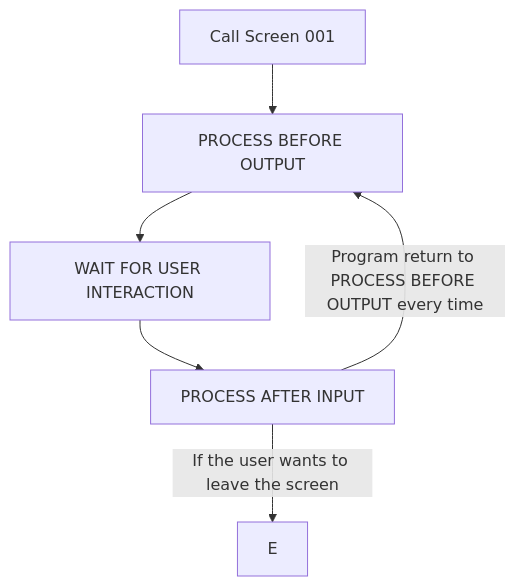
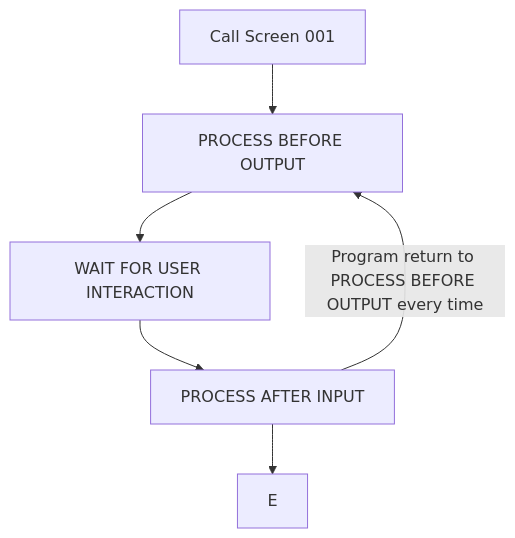
The diagram in Exercice4.md (Fabeure/ABAP-Initiation), drawn with Mermaid before and after one commit.

````diff
--- a/Exercice4.md
+++ b/Exercice4.md
@@ -37,9 +37,9 @@
     ``` mermaid
       graph TD;
             A[Call Screen 001]-->B[PROCESS BEFORE OUTPUT];
             B[PROCESS BEFORE OUTPUT]-->C[WAIT FOR USER INTERACTION];
             C[WAIT FOR USER INTERACTION]-->D[PROCESS AFTER INPUT];
-            D -- If the user wants to leave the screen -->E;
+            D -->E;
             D -- Program return to PROCESS BEFORE OUTPUT every time -->B;
             
     ```
````
